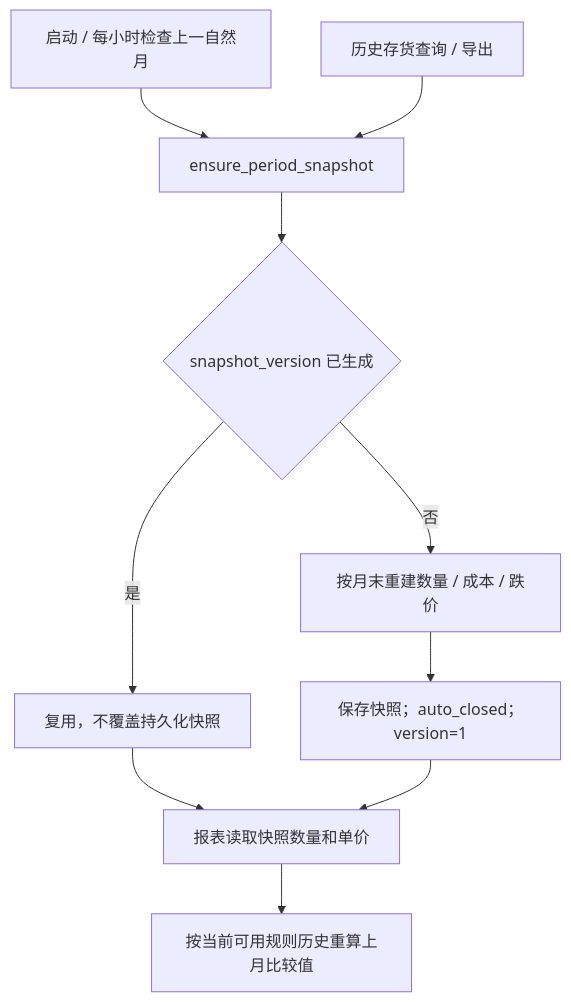
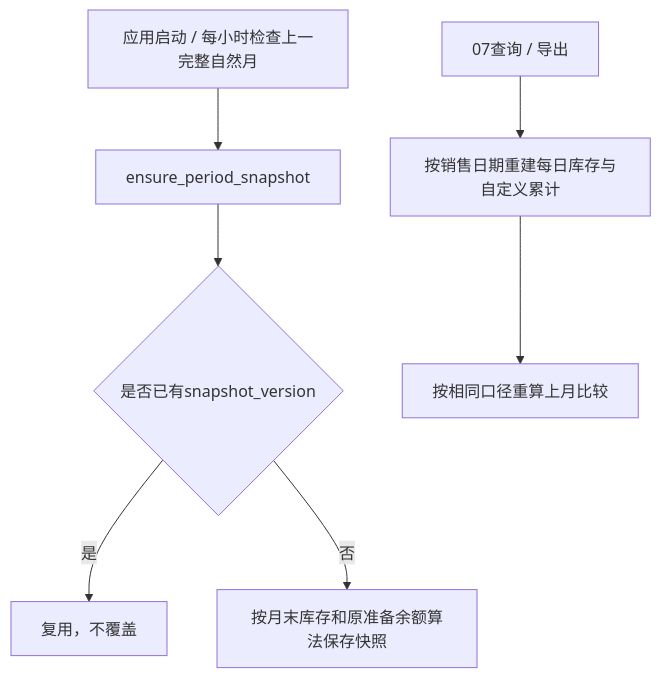
The diagram in docs/modules/reports/workflow.md (yueweiit/FastAPIProject), drawn with Mermaid before and after one commit. The commit also changed other lines of this file and 15 other files, not shown here.

````diff
--- a/docs/modules/reports/workflow.md
+++ b/docs/modules/reports/workflow.md
@@ -34,12 +25,9 @@
 ```mermaid
 flowchart TD
-    A["启动 / 每小时检查上一自然月"] --> C["ensure_period_snapshot"]
-    B["历史存货查询 / 导出"] --> C
-    C --> D{"snapshot_version 已生成"}
-    D -->|"是"| E["复用，不覆盖持久化快照"]
-    D -->|"否"| F["按月末重建数量 / 成本 / 跌价"]
-    F --> G["保存快照；auto_closed；version=1"]
-    E --> H["报表读取快照数量和单价"]
-    G --> H
-    H --> I["按当前可用规则历史重算上月比较值"]
+    A["应用启动 / 每小时检查上一完整自然月"] --> B["ensure_period_snapshot"]
+    B --> C{"是否已有snapshot_version"}
+    C -->|是| D["复用，不覆盖"]
+    C -->|否| E["按月末库存和原准备余额算法保存快照"]
+    F["07查询 / 导出"] --> G["按销售日期重建每日库存与自定义累计"]
+    G --> H["按相同口径重算上月比较"]
 ```
````
